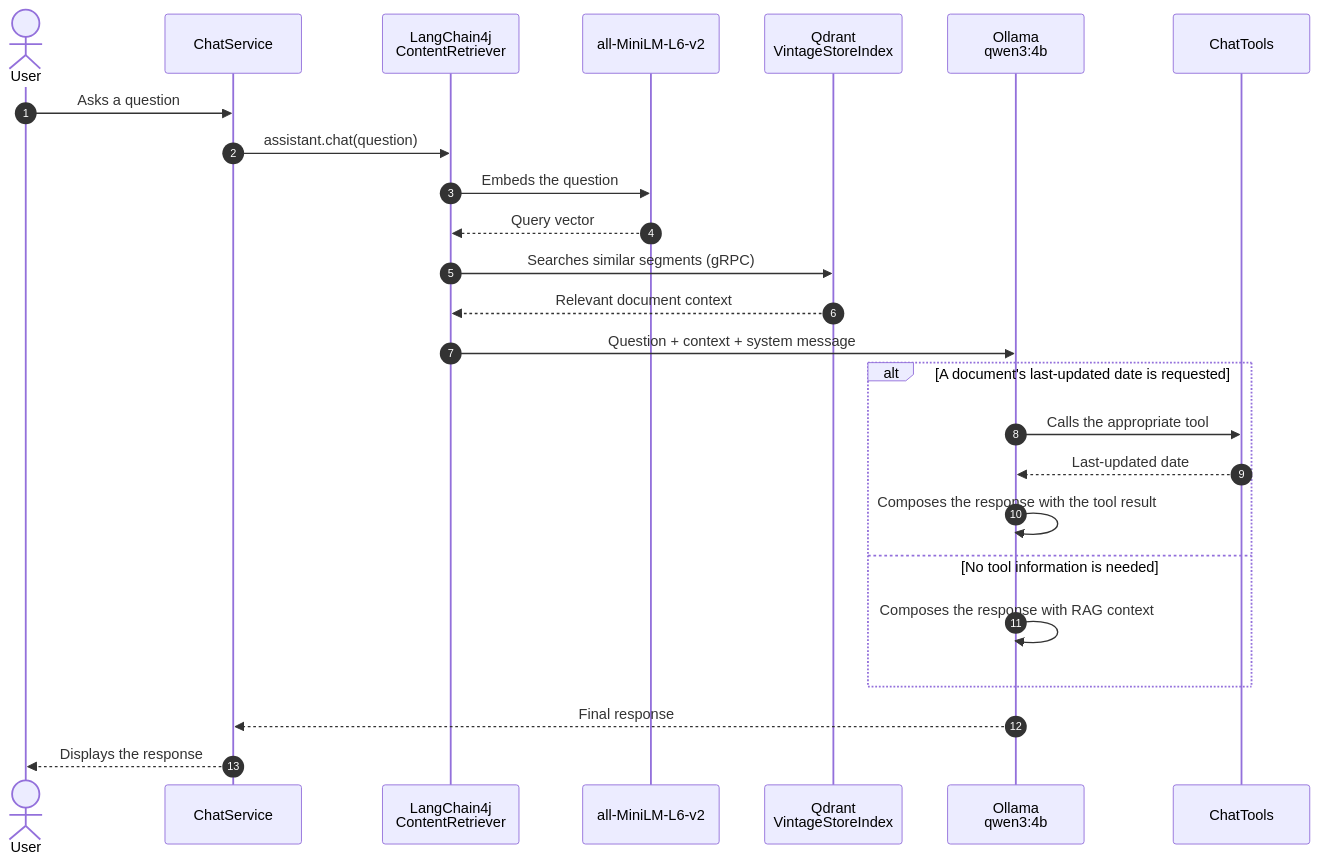
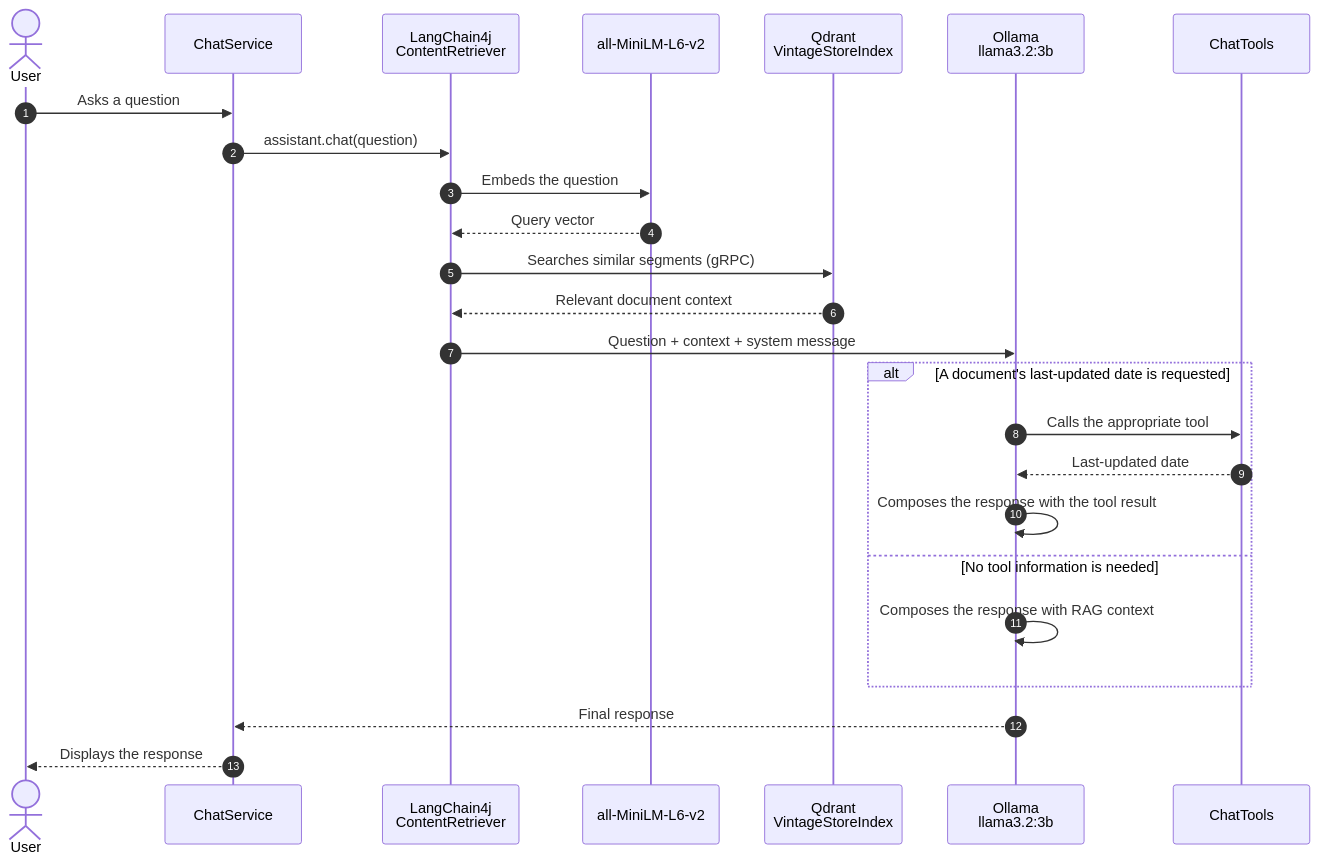
Before and after one commit to KhalefAhmed/retroguide: the diagram in README.md, drawn with Mermaid. The commit also changed other lines of this file and 2 other files, not shown here.

Commit message:
feat: update Ollama model version to llama3.2:3b; modify docker-compose and README for new model configuration

````diff
--- a/README.md
+++ b/README.md
@@ -141,29 +141,29 @@
 ```mermaid
 sequenceDiagram
     autonumber
     actor User
     participant Chat as ChatService
     participant RAG as LangChain4j<br/>ContentRetriever
     participant Embed as all-MiniLM-L6-v2
     participant Qdrant as Qdrant<br/>VintageStoreIndex
-    participant LLM as Ollama<br/>qwen3:4b
+    participant LLM as Ollama<br/>llama3.2:3b
     participant Tool as ChatTools
 
     User->>Chat: Asks a question
     Chat->>RAG: assistant.chat(question)
     RAG->>Embed: Embeds the question
     Embed-->>RAG: Query vector
     RAG->>Qdrant: Searches similar segments (gRPC)
     Qdrant-->>RAG: Relevant document context
     RAG->>LLM: Question + context + system message
 
     alt A document's last-updated date is requested
         LLM->>Tool: Calls the appropriate tool
         Tool-->>LLM: Last-updated date
         LLM->>LLM: Composes the response with the tool result
     else No tool information is needed
         LLM->>LLM: Composes the response with RAG context
     end
     LLM-->>Chat: Final response
     Chat-->>User: Displays the response
 ```
````
